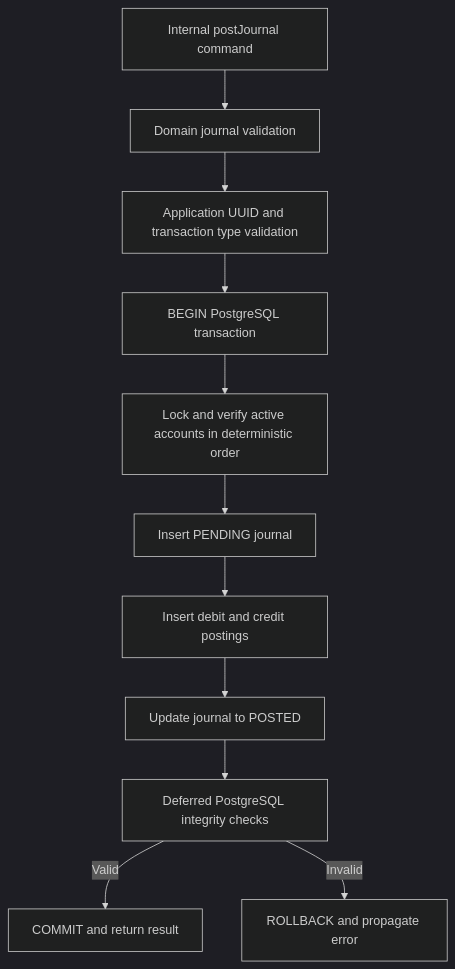
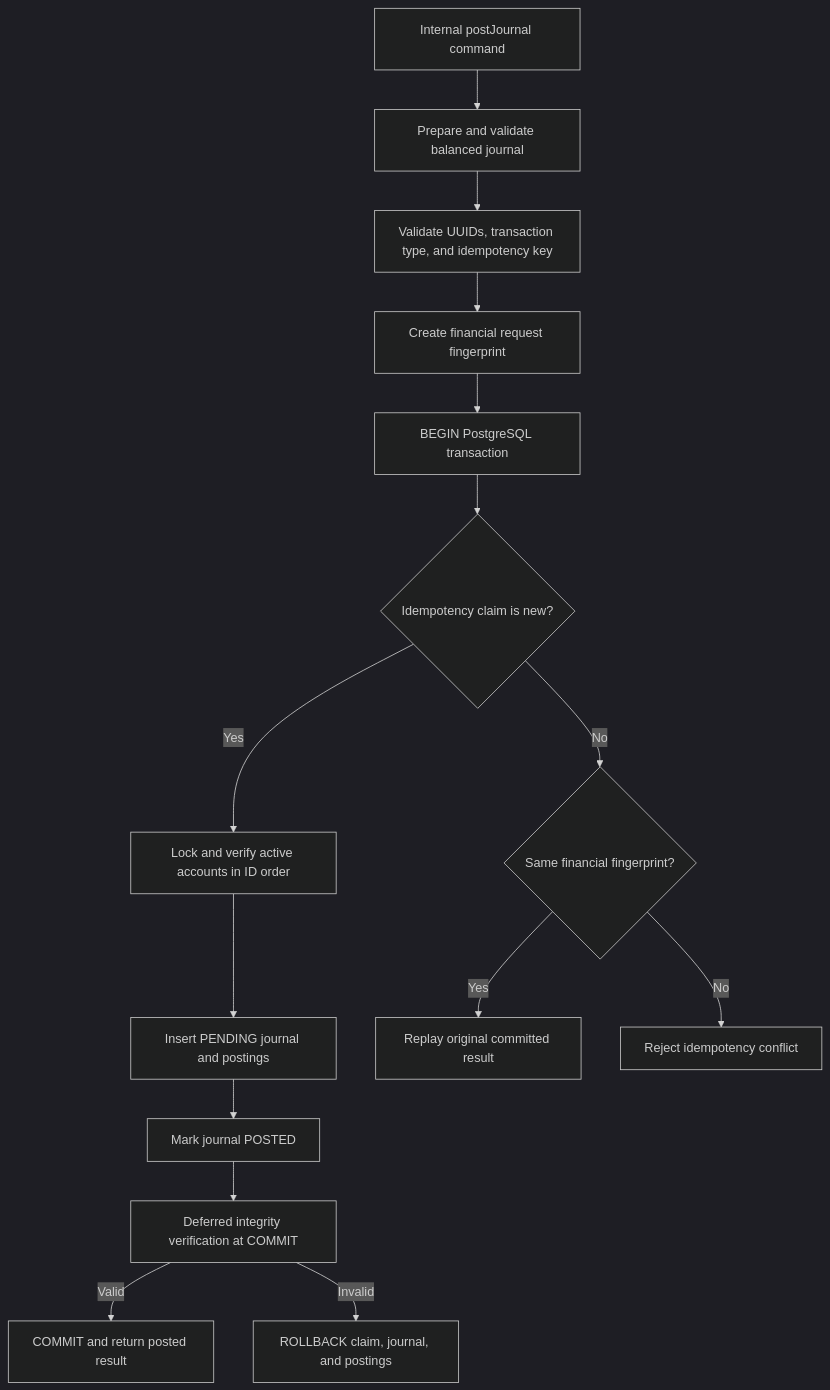
Before and after one commit to Muzafar-Ali/fintech-platform: the third of 3 diagrams in README.md, drawn with Mermaid (dark theme). The commit also changed other lines of this file and 18 other files, not shown here.

Commit message:
feat(ledger): implement durable financial command idempoten

````diff
--- a/README.md
+++ b/README.md
@@ -221,13 +191,17 @@
 ```mermaid
 flowchart TD
-    A[Internal postJournal command] --> B[Domain journal validation]
-    B --> C[Application UUID and transaction type validation]
-    C --> D[BEGIN PostgreSQL transaction]
-    D --> E[Lock and verify active accounts in deterministic order]
-    E --> F[Insert PENDING journal]
-    F --> G[Insert debit and credit postings]
-    G --> H[Update journal to POSTED]
-    H --> I[Deferred PostgreSQL integrity checks]
-    I -->|Valid| J[COMMIT and return result]
-    I -->|Invalid| K[ROLLBACK and propagate error]
+    A[Internal postJournal command] --> B[Prepare and validate balanced journal]
+    B --> C[Validate UUIDs, transaction type, and idempotency key]
+    C --> D[Create financial request fingerprint]
+    D --> E[BEGIN PostgreSQL transaction]
+    E --> F{Idempotency claim is new?}
+    F -->|Yes| G[Lock and verify active accounts in ID order]
+    G --> H[Insert PENDING journal and postings]
+    H --> I[Mark journal POSTED]
+    I --> J[Deferred integrity verification at COMMIT]
+    J -->|Valid| K[COMMIT and return posted result]
+    J -->|Invalid| L[ROLLBACK claim, journal, and postings]
+    F -->|No| M{Same financial fingerprint?}
+    M -->|Yes| N[Replay original committed result]
+    M -->|No| O[Reject idempotency conflict]
 ```
````
